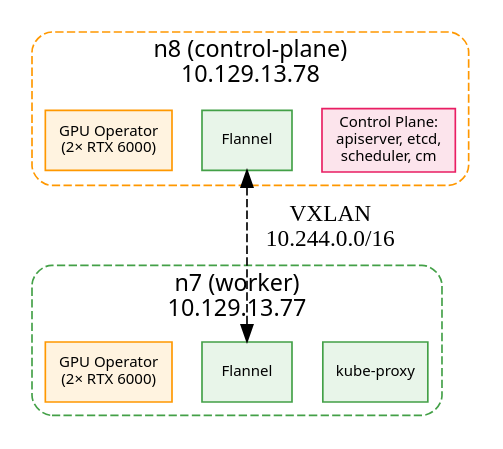
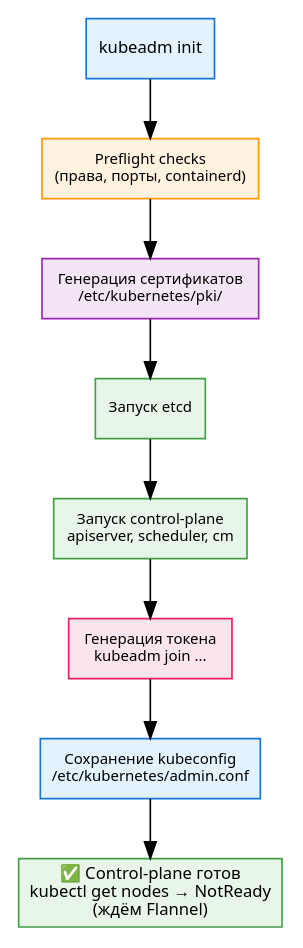
The fifth of 21 diagrams in docs/training-manual/02-part2-deployment.md (dedvmedved-dot/aither-project), drawn with Graphviz before and after one commit. The commit also changed other lines of this file, not shown here.

First line of the commit message:
fix: Часть II — строгое соответствие TOC. 70 KB, 18 DOT-схем, 20+ таблиц

````diff
--- a/docs/training-manual/02-part2-deployment.md
+++ b/docs/training-manual/02-part2-deployment.md
@@ -783,31 +488,18 @@
 ```dot
-digraph K8sClusterReady {
+digraph KubeadmTimeline {
     rankdir=TB
     bgcolor="#ffffff"
     node [fontname="system-ui", fontsize=9]
 
-    subgraph cluster_n8 {
-        label="n8 (control-plane)\n10.129.13.78"
-        style="rounded,dashed"
-        color="#ff9800"
-        fontname="system-ui"
+    t0 [label="kubeadm init", shape=box, style="filled", fillcolor="#e3f2fd", color="#1976d2", fontsize=10]
+    t1 [label="Preflight checks\n(права, порты, containerd)", shape=box, style="filled", fillcolor="#fff3e0", color="#ff9800"]
+    t2 [label="Генерация сертификатов\n/etc/kubernetes/pki/", shape=box, style="filled", fillcolor="#f3e5f5", color="#9c27b0"]
+    t3 [label="Запуск etcd", shape=box, style="filled", fillcolor="#e8f5e9", color="#43a047"]
+    t4 [label="Запуск control-plane\napiserver, scheduler, cm", shape=box, style="filled", fillcolor="#e8f5e9", color="#43a047"]
+    t5 [label="Генерация токена\nkubeadm join ...", shape=box, style="filled", fillcolor="#fce4ec", color="#e91e63"]
+    t6 [label="Сохранение kubeconfig\n/etc/kubernetes/admin.conf", shape=box, style="filled", fillcolor="#e3f2fd", color="#1976d2"]
+    done [label="✅ Control-plane готов\nkubectl get nodes → NotReady\n(ждём Flannel)", shape=box, style="filled", fillcolor="#e8f5e9", color="#43a047", fontsize=10]
 
-        cp [label="Control Plane:\napiserver, etcd,\nscheduler, cm", shape=box, style="filled", fillcolor="#fce4ec", color="#e91e63"]
-        flannel_n8 [label="Flannel", shape=box, style="filled", fillcolor="#e8f5e9", color="#43a047"]
-        gpu_n8 [label="GPU Operator\n(2× RTX 6000)", shape=box, style="filled", fillcolor="#fff3e0", color="#ff9800"]
-    }
-
-    subgraph cluster_n7 {
-        label="n7 (worker)\n10.129.13.77"
-        style="rounded,dashed"
-        color="#43a047"
-        fontname="system-ui"
-
-        proxy_n7 [label="kube-proxy", shape=box, style="filled", fillcolor="#e8f5e9", color="#43a047"]
-        flannel_n7 [label="Flannel", shape=box, style="filled", fillcolor="#e8f5e9", color="#43a047"]
-        gpu_n7 [label="GPU Operator\n(2× RTX 6000)", shape=box, style="filled", fillcolor="#fff3e0", color="#ff9800"]
-    }
-
-    flannel_n8 -> flannel_n7 [label="VXLAN\n10.244.0.0/16", style=dashed, dir=both]
+    t0 -> t1 -> t2 -> t3 -> t4 -> t5 -> t6 -> done
 }
 ```
````
